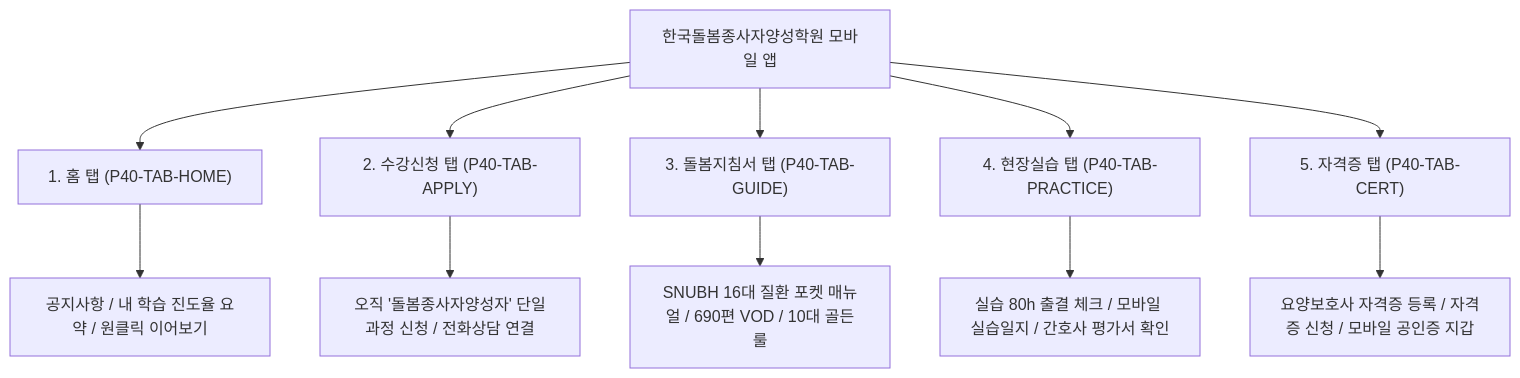
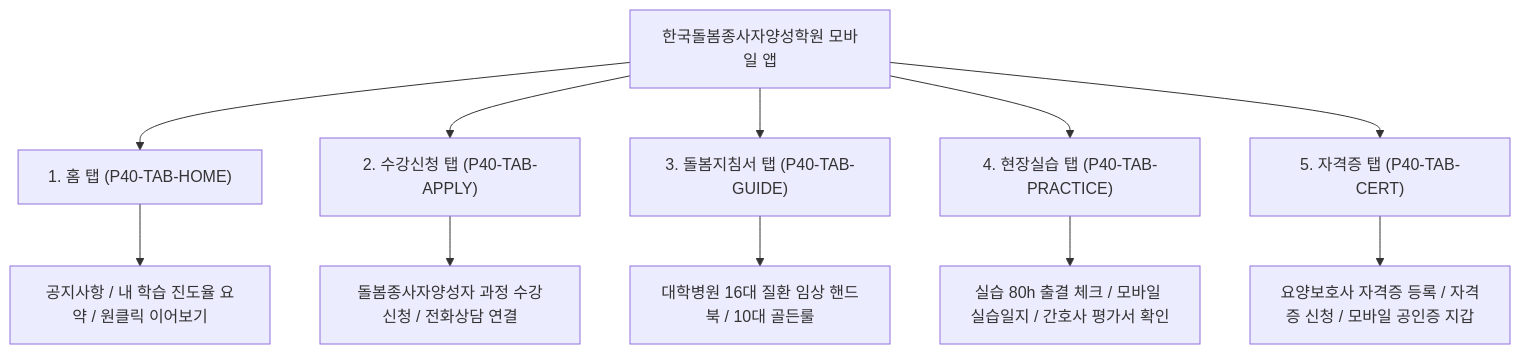
Before and after one commit to yojulab/ex_project_ecare24_elearning: the second of 5 diagrams in docs/ux/REVISED_IA_AND_MENU_SPECIFICATION.md, drawn with Mermaid. The commit also changed other lines of this file and 3 other files, not shown here.

````diff
--- a/docs/ux/REVISED_IA_AND_MENU_SPECIFICATION.md
+++ b/docs/ux/REVISED_IA_AND_MENU_SPECIFICATION.md
@@ -148,15 +146,15 @@
 ```mermaid
 graph TD
     AppRoot["한국돌봄종사자양성학원 모바일 앱"]
     AppRoot --> Tab1["1. 홈 탭 (P40-TAB-HOME)"]
     AppRoot --> Tab2["2. 수강신청 탭 (P40-TAB-APPLY)"]
     AppRoot --> Tab3["3. 돌봄지침서 탭 (P40-TAB-GUIDE)"]
     AppRoot --> Tab4["4. 현장실습 탭 (P40-TAB-PRACTICE)"]
     AppRoot --> Tab5["5. 자격증 탭 (P40-TAB-CERT)"]
 
     Tab1 --> Sub1["공지사항 / 내 학습 진도율 요약 / 원클릭 이어보기"]
-    Tab2 --> Sub2["오직 '돌봄종사자양성자' 단일과정 신청 / 전화상담 연결"]
-    Tab3 --> Sub3["SNUBH 16대 질환 포켓 매뉴얼 / 690편 VOD / 10대 골든룰"]
+    Tab2 --> Sub2["돌봄종사자양성자 과정 수강신청 / 전화상담 연결"]
+    Tab3 --> Sub3["대학병원 16대 질환 임상 핸드북 / 10대 골든룰"]
     Tab4 --> Sub4["실습 80h 출결 체크 / 모바일 실습일지 / 간호사 평가서 확인"]
     Tab5 --> Sub5["요양보호사 자격증 등록 / 자격증 신청 / 모바일 공인증 지갑"]
 ```
````
